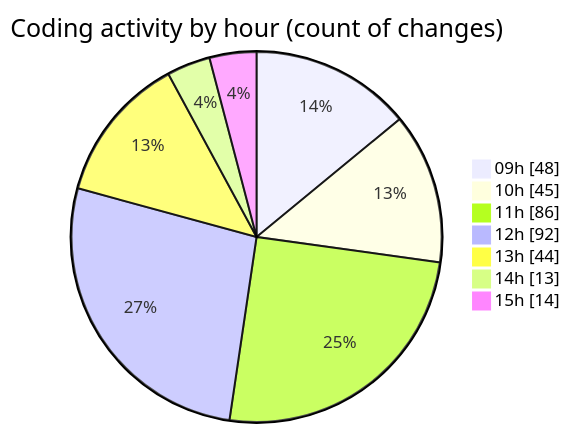
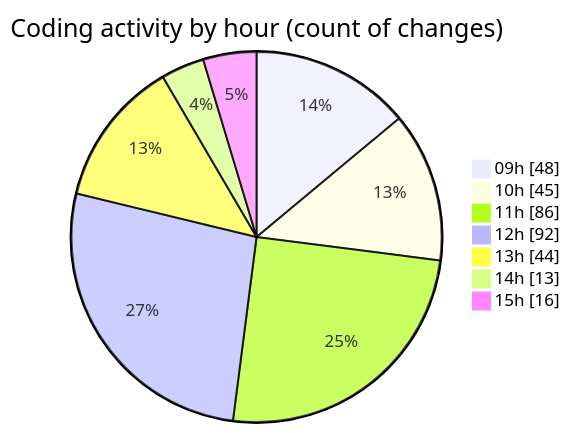
The second of 2 diagrams in 2025-03-14/cda/README.md (momahboobian/code-tracking), drawn with Mermaid before and after one commit. The commit also changed other lines of this file and 1 other file, not shown here.

````diff
--- a/2025-03-14/cda/README.md
+++ b/2025-03-14/cda/README.md
@@ -45,11 +45,11 @@
 ```mermaid
 pie showData
 title Coding activity by hour (count of changes)
 "09h" : 48
 "10h" : 45
 "11h" : 86
 "12h" : 92
 "13h" : 44
 "14h" : 13
-"15h" : 14
+"15h" : 16
 ```
````
